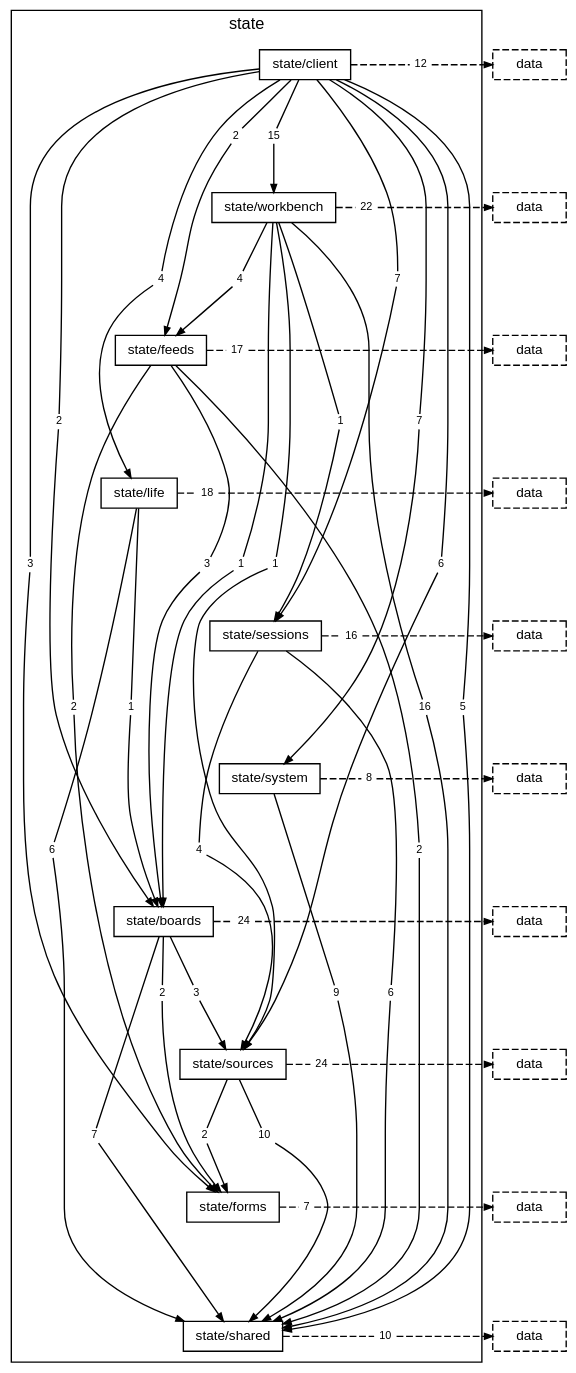
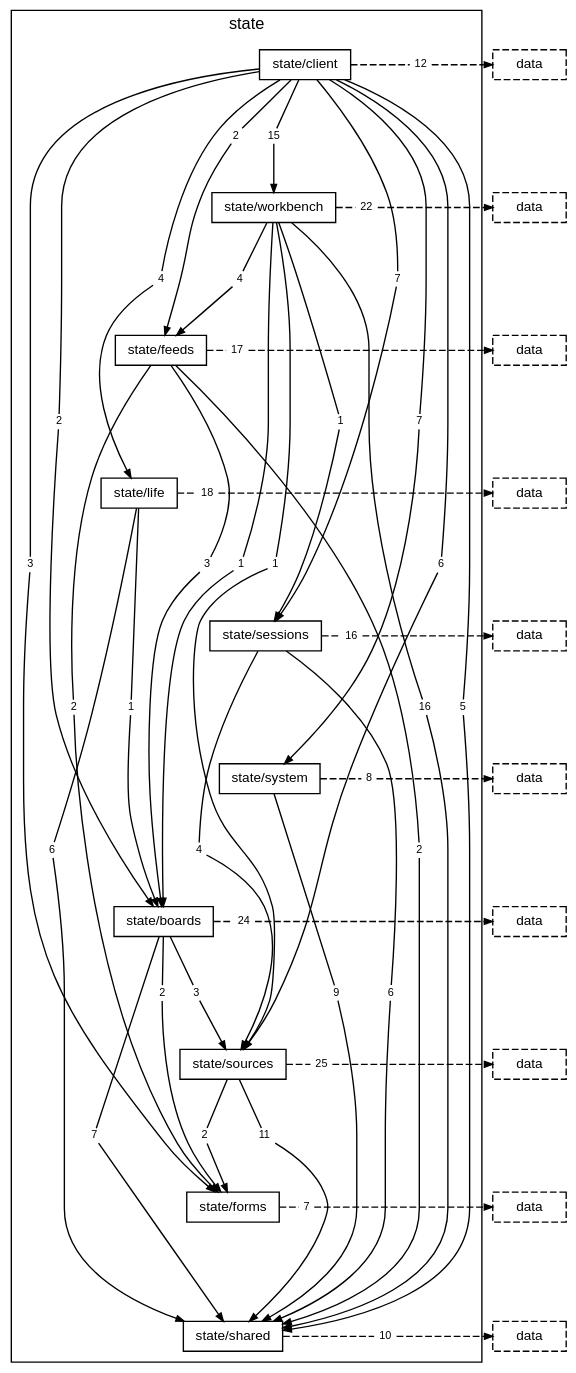
The diagram in docs/diagrams/layer-state.dot (TheAxeC/oculus), drawn with Graphviz before and after one commit. The commit also changed 93 other files, not shown here.

```diff
--- a/docs/diagrams/layer-state.dot
+++ b/docs/diagrams/layer-state.dot
@@ -47,8 +47,8 @@
         "folder state/boards to folder state/sources" [label="3", shape=box, color="transparent", fontsize=8, width=0, height=0, margin="0.04,0.02"];
         "folder state/boards to layer data" [label="24", shape=box, color="transparent", fontsize=8, width=0, height=0, margin="0.04,0.02"];
         "folder state/sources to folder state/forms" [label="2", shape=box, color="transparent", fontsize=8, width=0, height=0, margin="0.04,0.02"];
-        "folder state/sources to folder state/shared" [label="10", shape=box, color="transparent", fontsize=8, width=0, height=0, margin="0.04,0.02"];
-        "folder state/sources to layer data" [label="24", shape=box, color="transparent", fontsize=8, width=0, height=0, margin="0.04,0.02"];
+        "folder state/sources to folder state/shared" [label="11", shape=box, color="transparent", fontsize=8, width=0, height=0, margin="0.04,0.02"];
+        "folder state/sources to layer data" [label="25", shape=box, color="transparent", fontsize=8, width=0, height=0, margin="0.04,0.02"];
         "folder state/forms to layer data" [label="7", shape=box, color="transparent", fontsize=8, width=0, height=0, margin="0.04,0.02"];
         "folder state/shared to layer data" [label="10", shape=box, color="transparent", fontsize=8, width=0, height=0, margin="0.04,0.02"];
     }
```
